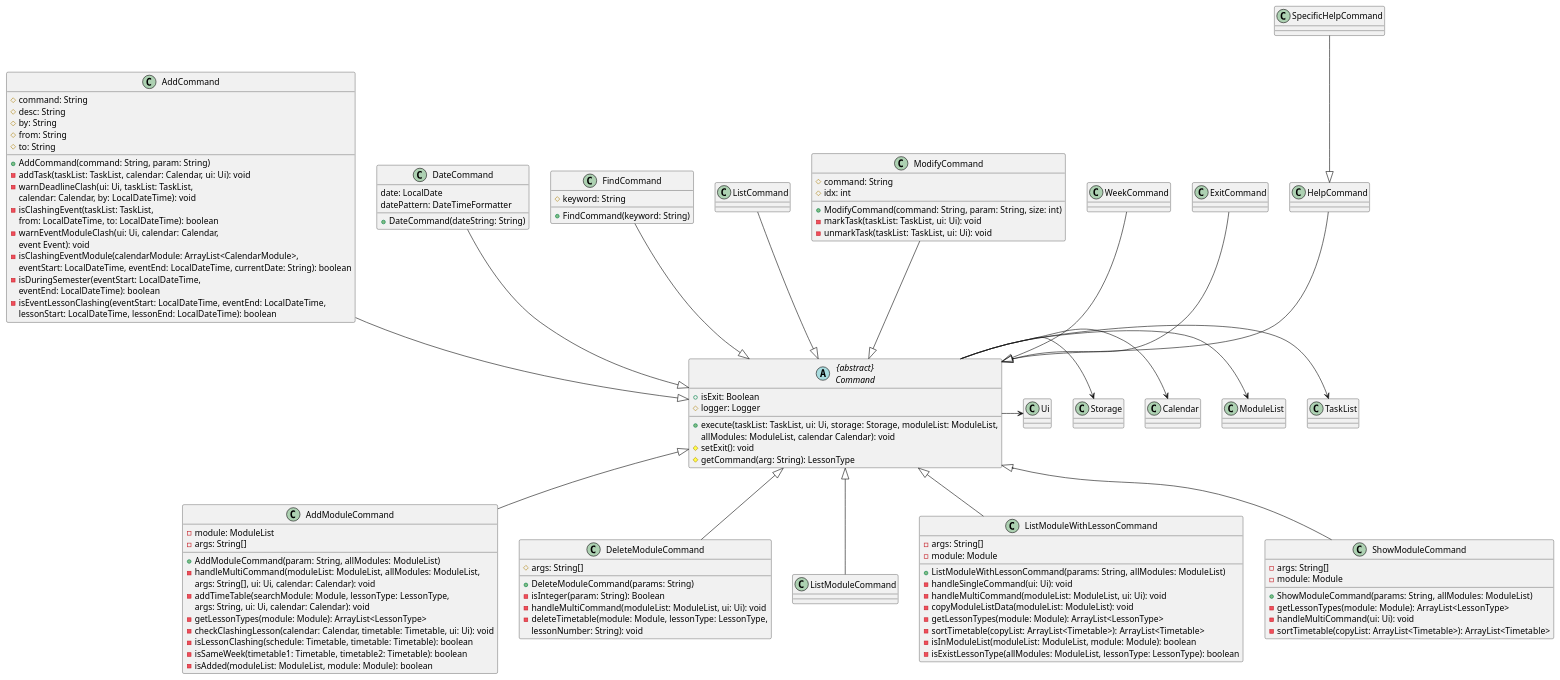
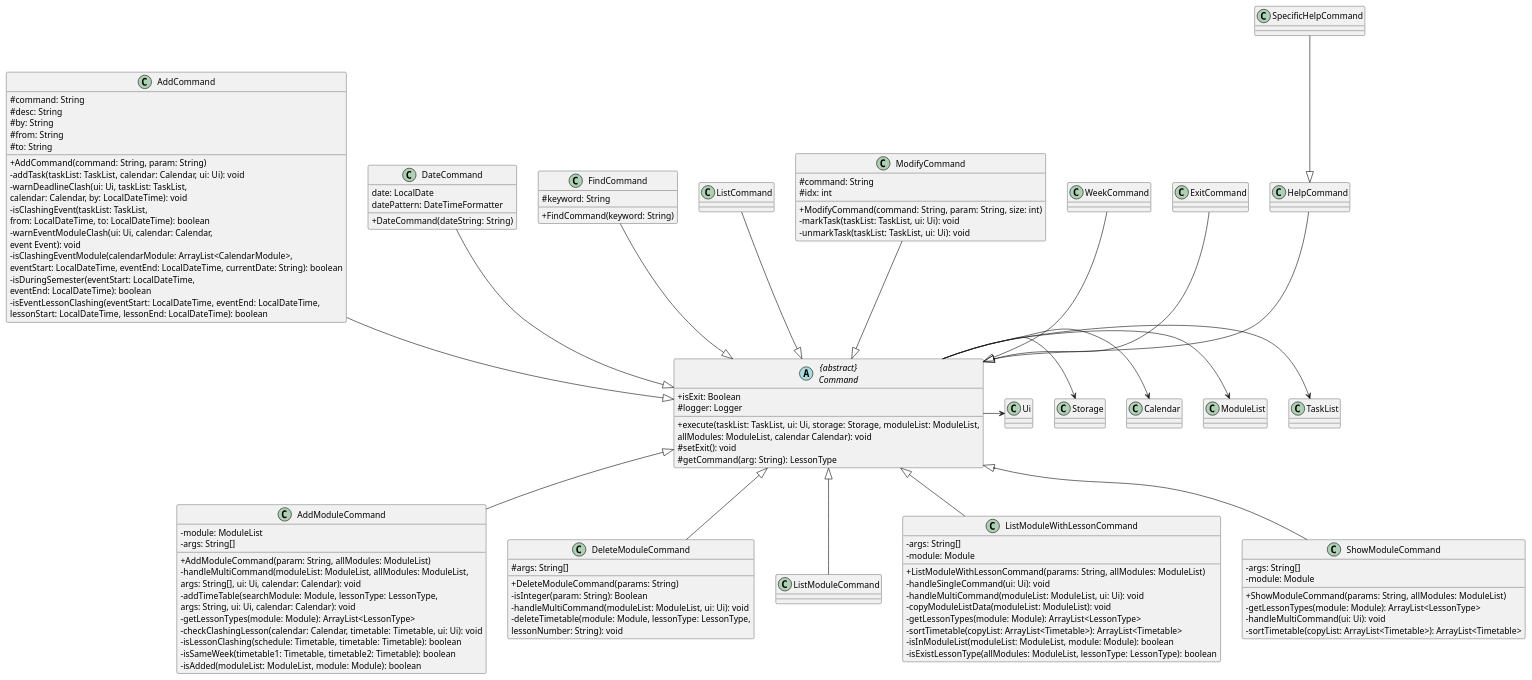
One commit to nus-cs2113-AY2223S2/tp changed the diagram in docs/uml-source/class/Command.puml. Above: the diagram before and after it, drawn with PlantUML. The commit also changed 1 other file, not shown here.

Commit message:
Fix icons in Command Class Diagram

```diff
--- a/docs/uml-source/class/Command.puml
+++ b/docs/uml-source/class/Command.puml
@@ -1,133 +1,133 @@
 @startuml
 'https://plantuml.com/class-diagram
-'skinparam classAttributeIconSize 0
+skinparam classAttributeIconSize 0
 
 abstract class "{abstract}\nCommand" as Command {
 + isExit: Boolean
 # logger: Logger
 + execute(taskList: TaskList, ui: Ui, storage: Storage, moduleList: ModuleList,
 allModules: ModuleList, calendar Calendar): void
 # setExit(): void
 # getCommand(arg: String): LessonType
 }
 Command -> TaskList
 Command -> ModuleList
 Command -> Calendar
 Command -> Storage
 Command -> Ui
 
 class AddCommand {
 # command: String
 # desc: String
 # by: String
 # from: String
 # to: String
 __
 + AddCommand(command: String, param: String)
 - addTask(taskList: TaskList, calendar: Calendar, ui: Ui): void
 - warnDeadlineClash(ui: Ui, taskList: TaskList,
 calendar: Calendar, by: LocalDateTime): void
 - isClashingEvent(taskList: TaskList,
 from: LocalDateTime, to: LocalDateTime): boolean
 - warnEventModuleClash(ui: Ui, calendar: Calendar,
 event Event): void
 - isClashingEventModule(calendarModule: ArrayList<CalendarModule>,
 eventStart: LocalDateTime, eventEnd: LocalDateTime, currentDate: String): boolean
 - isDuringSemester(eventStart: LocalDateTime,
 eventEnd: LocalDateTime): boolean
 - isEventLessonClashing(eventStart: LocalDateTime, eventEnd: LocalDateTime,
 lessonStart: LocalDateTime, lessonEnd: LocalDateTime): boolean
 }
 AddCommand --|> Command
 
 class DateCommand {
 date: LocalDate
 datePattern: DateTimeFormatter
 + DateCommand(dateString: String)
 }
 DateCommand --|> Command
 
 class FindCommand{
 # keyword: String
 + FindCommand(keyword: String)
 }
 FindCommand --|> Command
 
 class ListCommand
 ListCommand --|> Command
 
 class ModifyCommand{
 # command: String
 # idx: int
 +ModifyCommand(command: String, param: String, size: int)
 -markTask(taskList: TaskList, ui: Ui): void
 -unmarkTask(taskList: TaskList, ui: Ui): void
 }
 ModifyCommand --|> Command
 
 class WeekCommand
 WeekCommand --|> Command
 
 class ExitCommand
 ExitCommand --|> Command
 
 class HelpCommand
 HelpCommand --|> Command
 
 class SpecificHelpCommand
 SpecificHelpCommand --|> HelpCommand
 
 class AddModuleCommand {
 - module: ModuleList
 - args: String[]
 + AddModuleCommand(param: String, allModules: ModuleList)
 - handleMultiCommand(moduleList: ModuleList, allModules: ModuleList,
 args: String[], ui: Ui, calendar: Calendar): void
 - addTimeTable(searchModule: Module, lessonType: LessonType,
 args: String, ui: Ui, calendar: Calendar): void
 - getLessonTypes(module: Module): ArrayList<LessonType>
 - checkClashingLesson(calendar: Calendar, timetable: Timetable, ui: Ui): void
 - isLessonClashing(schedule: Timetable, timetable: Timetable): boolean
 - isSameWeek(timetable1: Timetable, timetable2: Timetable): boolean
 - isAdded(moduleList: ModuleList, module: Module): boolean
 }
 Command <|-- AddModuleCommand
 
 class DeleteModuleCommand{
 # args: String[]
 + DeleteModuleCommand(params: String)
 - isInteger(param: String): Boolean
 - handleMultiCommand(moduleList: ModuleList, ui: Ui): void
 - deleteTimetable(module: Module, lessonType: LessonType,
 lessonNumber: String): void
 }
 Command <|-- DeleteModuleCommand
 
 class ListModuleCommand
 Command <|-- ListModuleCommand
 
 class ListModuleWithLessonCommand {
 - args: String[]
 - module: Module
 + ListModuleWithLessonCommand(params: String, allModules: ModuleList)
 - handleSingleCommand(ui: Ui): void
 - handleMultiCommand(moduleList: ModuleList, ui: Ui): void
 - copyModuleListData(moduleList: ModuleList): void
 - getLessonTypes(module: Module): ArrayList<LessonType>
 - sortTimetable(copyList: ArrayList<Timetable>): ArrayList<Timetable>
 - isInModuleList(moduleList: ModuleList, module: Module): boolean
 - isExistLessonType(allModules: ModuleList, lessonType: LessonType): boolean
 }
 Command <|-- ListModuleWithLessonCommand
 
 class ShowModuleCommand {
 - args: String[]
 - module: Module
 + ShowModuleCommand(params: String, allModules: ModuleList)
 - getLessonTypes(module: Module): ArrayList<LessonType>
 - handleMultiCommand(ui: Ui): void
 - sortTimetable(copyList: ArrayList<Timetable>): ArrayList<Timetable>
 }
 Command <|-- ShowModuleCommand
 
 @enduml
```
